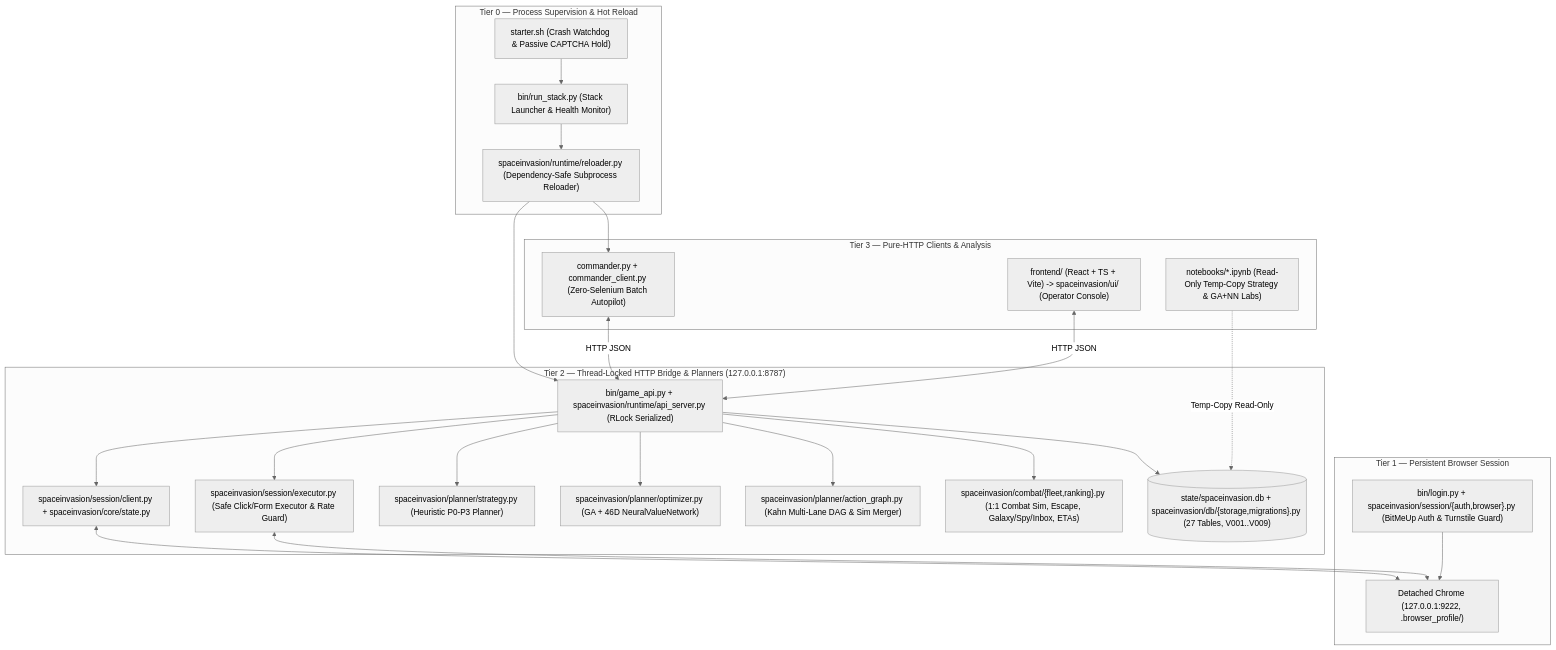
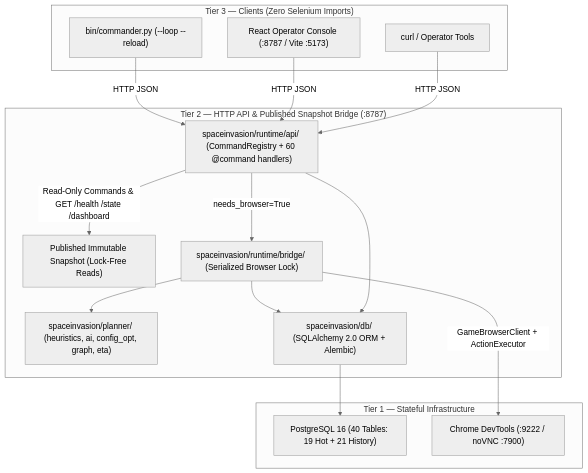
One commit to vitorecomp/spaceinvasion-autoplayer changed the diagram in docs/architecture.md. Above: the diagram before and after it, drawn with Mermaid (neutral theme). The commit also changed other lines of this file and 16 other files, not shown here.

````diff
--- a/docs/architecture.md
+++ b/docs/architecture.md
@@ -9,50 +18,32 @@
 ```mermaid
 flowchart TB
-    subgraph Sup["Tier 0 — Process Supervision & Hot Reload"]
-        SH["starter.sh (Crash Watchdog & Passive CAPTCHA Hold)"]
-        RS["bin/run_stack.py (Stack Launcher & Health Monitor)"]
-        RL["spaceinvasion/runtime/reloader.py (Dependency-Safe Subprocess Reloader)"]
-        SH --> RS
-        RS --> RL
-    end
+  subgraph Tier3["Tier 3 — Clients (Zero Selenium Imports)"]
+    CMD["bin/commander.py (--loop --reload)"]
+    UI["React Operator Console (:8787 / Vite :5173)"]
+    CLI["curl / Operator Tools"]
+  end
 
-    subgraph T1["Tier 1 — Persistent Browser Session"]
-        CH["Detached Chrome (127.0.0.1:9222, .browser_profile/)"]
-        AU["bin/login.py + spaceinvasion/session/{auth,browser}.py (BitMeUp Auth & Turnstile Guard)"]
-        AU --> CH
-    end
+  subgraph Tier2["Tier 2 — HTTP API & Published Snapshot Bridge (:8787)"]
+    API["spaceinvasion/runtime/api/ (CommandRegistry + 60 @command handlers)"]
+    SNAP["Published Immutable Snapshot (Lock-Free Reads)"]
+    BRIDGE["spaceinvasion/runtime/bridge/ (Serialized Browser Lock)"]
+    PLAN["spaceinvasion/planner/ (heuristics, ai, config_opt, graph, eta)"]
+    DB["spaceinvasion/db/ (SQLAlchemy 2.0 ORM + Alembic)"]
+  end
 
-    subgraph T2["Tier 2 — Thread-Locked HTTP Bridge & Planners (127.0.0.1:8787)"]
-        API["bin/game_api.py + spaceinvasion/runtime/api_server.py (RLock Serialized)"]
-        CL["spaceinvasion/session/client.py + spaceinvasion/core/state.py"]
-        EX["spaceinvasion/session/executor.py (Safe Click/Form Executor & Rate Guard)"]
-        PRIO["spaceinvasion/planner/strategy.py (Heuristic P0-P3 Planner)"]
-        GANN["spaceinvasion/planner/optimizer.py (GA + 46D NeuralValueNetwork)"]
-        DAG["spaceinvasion/planner/action_graph.py (Kahn Multi-Lane DAG & Sim Merger)"]
-        FLT["spaceinvasion/combat/{fleet,ranking}.py (1:1 Combat Sim, Escape, Galaxy/Spy/Inbox, ETAs)"]
-        DB[("state/spaceinvasion.db + spaceinvasion/db/{storage,migrations}.py (27 Tables, V001..V009)")]
+  subgraph Tier1["Tier 1 — Stateful Infrastructure"]
+    PG["PostgreSQL 16 (40 Tables: 19 Hot + 21 History)"]
+    CHROME["Chrome DevTools (:9222 / noVNC :7900)"]
+  end
 
-        API --> CL
-        API --> EX
-        API --> PRIO
-        API --> GANN
-        API --> DAG
-        API --> FLT
-        API --> DB
-        CL <--> CH
-        EX <--> CH
-    end
-
-    subgraph T3["Tier 3 — Pure-HTTP Clients & Analysis"]
-        CMD["commander.py + commander_client.py (Zero-Selenium Batch Autopilot)"]
-        UI["frontend/ (React + TS + Vite) -> spaceinvasion/ui/ (Operator Console)"]
-        NB["notebooks/*.ipynb (Read-Only Temp-Copy Strategy & GA+NN Labs)"]
-
-        CMD <-->|"HTTP JSON"| API
-        UI <-->|"HTTP JSON"| API
-        NB -.->|"Temp-Copy Read-Only"| DB
-    end
-
-    RL --> API
-    RL --> CMD
+  CMD -->|HTTP JSON| API
+  UI -->|HTTP JSON| API
+  CLI -->|HTTP JSON| API
+  API -->|Read-Only Commands & GET /health /state /dashboard| SNAP
+  API -->|needs_browser=True| BRIDGE
+  BRIDGE --> PLAN
+  BRIDGE --> DB
+  API --> DB
+  DB --> PG
+  BRIDGE -->|GameBrowserClient + ActionExecutor| CHROME
 ```
````
